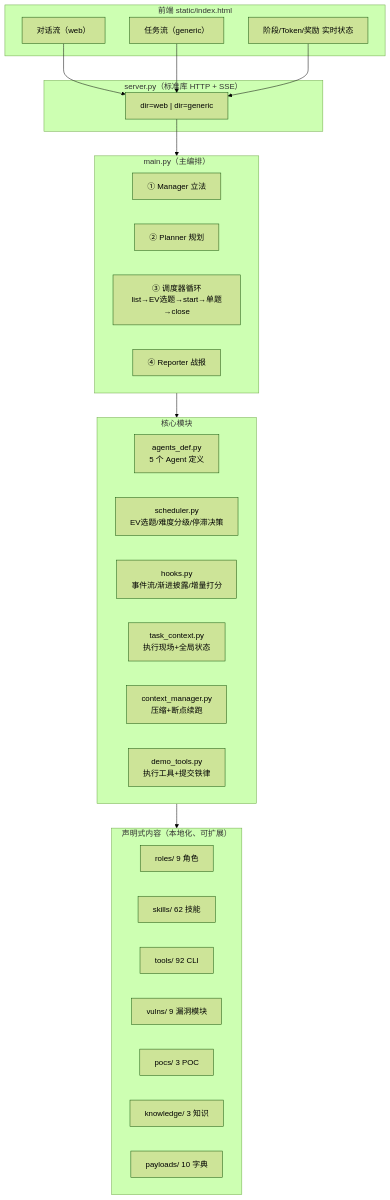
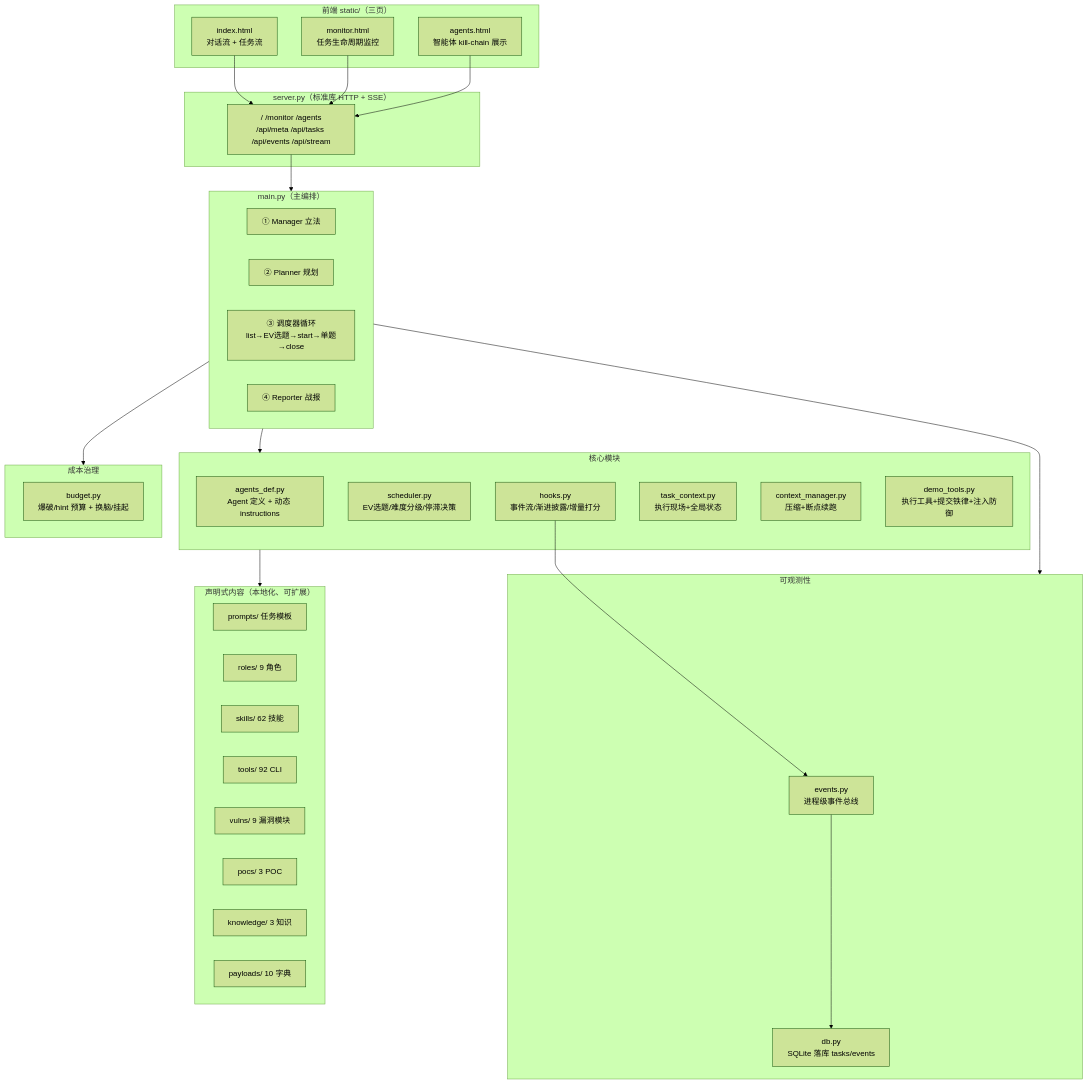
One commit to honysyang/secai changed the first of 4 diagrams in README.md. Above: the diagram before and after it, drawn with Mermaid (forest theme). The commit also changed other lines of this file and 21 other files, not shown here.

````diff
--- a/README.md
+++ b/README.md
@@ -37,43 +41,56 @@
 ```mermaid
 flowchart TB
-    subgraph Frontend["前端 static/index.html"]
-        FE1["对话流（web）"]
-        FE2["任务流（generic）"]
-        FE3["阶段/Token/奖励 实时状态"]
+    subgraph Frontend["前端 static/（三页）"]
+        FE1["index.html<br/>对话流 + 任务流"]
+        FE2["monitor.html<br/>任务生命周期监控"]
+        FE3["agents.html<br/>智能体 kill-chain 展示"]
     end
 
     subgraph Server["server.py（标准库 HTTP + SSE）"]
-        SRV["dir=web | dir=generic"]
+        SRV["/ /monitor /agents<br/>/api/meta /api/tasks /api/events /api/stream"]
     end
 
     subgraph Orchestrator["main.py（主编排）"]
         MGR["① Manager 立法"]
         PLN["② Planner 规划"]
         SCH["③ 调度器循环<br/>list→EV选题→start→单题→close"]
         RPT["④ Reporter 战报"]
     end
 
     subgraph Core["核心模块"]
-        AGENT["agents_def.py<br/>5 个 Agent 定义"]
+        AGENT["agents_def.py<br/>Agent 定义 + 动态 instructions"]
         SCHED["scheduler.py<br/>EV选题/难度分级/停滞决策"]
         HOOKS["hooks.py<br/>事件流/渐进披露/增量打分"]
         CTX["task_context.py<br/>执行现场+全局状态"]
         CTXM["context_manager.py<br/>压缩+断点续跑"]
-        TOOLS["demo_tools.py<br/>执行工具+提交铁律"]
+        TOOLS["demo_tools.py<br/>执行工具+提交铁律+注入防御"]
+    end
+
+    subgraph Observability["可观测性"]
+        BUS["events.py<br/>进程级事件总线"]
+        DB["db.py<br/>SQLite 落库 tasks/events"]
+    end
+
+    subgraph Budget["成本治理"]
+        BGT["budget.py<br/>爆破/hint 预算 + 换脑/挂起"]
     end
 
     subgraph Declarative["声明式内容（本地化、可扩展）"]
+        PROMPTS["prompts/ 任务模板"]
         ROLES["roles/ 9 角色"]
         SKILLS["skills/ 62 技能"]
         CLITOOLS["tools/ 92 CLI"]
         VULNS["vulns/ 9 漏洞模块"]
         POCS["pocs/ 3 POC"]
         KNOW["knowledge/ 3 知识"]
         PAYL["payloads/ 10 字典"]
     end
 
     FE1 & FE2 & FE3 --> SRV
     SRV --> Orchestrator
     Orchestrator --> Core
+    Orchestrator --> Budget
+    Orchestrator --> Observability
     Core --> Declarative
+    HOOKS --> BUS --> DB
 ```
````
